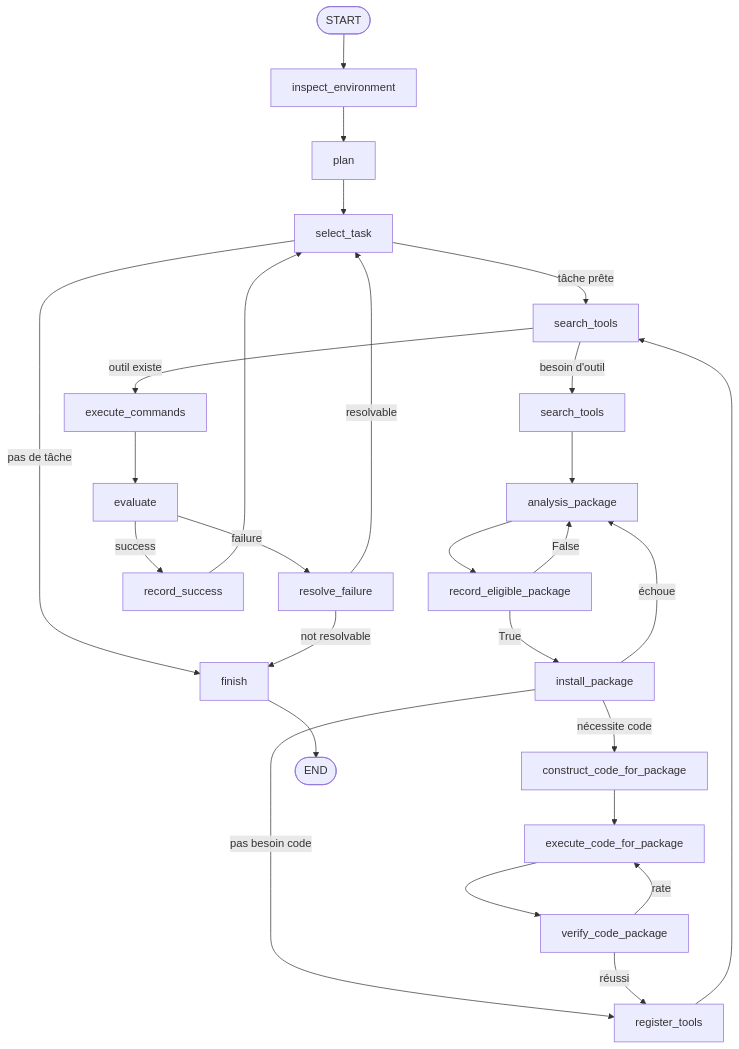
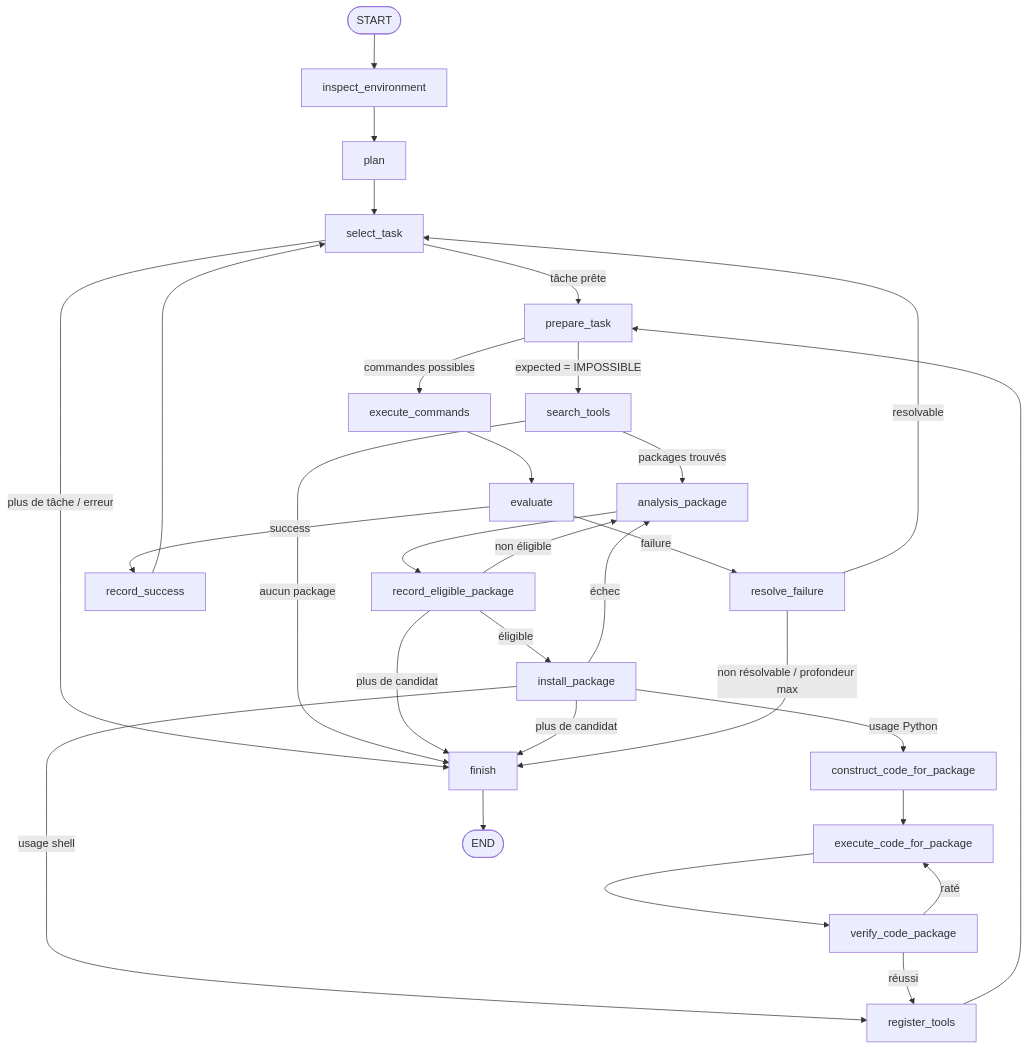
The diagram in README.md (daothauvin/-agentic-ai), drawn with Mermaid before and after one commit. The commit also changed other lines of this file and 2 other files, not shown here.

Commit message:
docs: README et schémas d'architecture

````diff
--- a/README.md
+++ b/README.md
@@ -29,29 +144,35 @@
 ```mermaid
 graph TD
     START([START]) --> INSPECT[inspect_environment]
     INSPECT --> PLAN[plan]
     PLAN --> SELECT[select_task]
     SELECT -->|tâche prête| PREPARE[prepare_task]
-    SELECT -->|pas de tâche| FINISH[finish]
-    PREPARE -->|besoin d'outil| SEARCH[search_tools]
-    PREPARE -->|outil existe| EXECUTE[execute_commands]
-    SEARCH --> ANALYSIS[analysis_package]
+    SELECT -->|plus de tâche / erreur| FINISH[finish]
+
+    PREPARE -->|commandes possibles| EXECUTE[execute_commands]
+    PREPARE -->|expected = IMPOSSIBLE| SEARCH[search_tools]
+
+    SEARCH -->|packages trouvés| ANALYSIS[analysis_package]
+    SEARCH -->|aucun package| FINISH
     ANALYSIS --> ELIGIBLE[record_eligible_package]
-    ELIGIBLE --> |True| INSTALL[install_package]
-    ELIGIBLE --> |False| ANALYSIS[analysis_package]
-    INSTALL --> |nécessite code|CONSTRUCT[construct_code_for_package]
-    INSTALL --> |échoue|ANALYSIS[analysis_package]
-    INSTALL --> |pas besoin code|REGISTER[register_tools]
-    CONSTRUCT --> EXECUTE_CODE[execute_code_for_package]
-    EXECUTE_CODE --> VERIFY_CODE[verify_code_package]
-    VERIFY_CODE --> |réussi| REGISTER[register_tools]
-    VERIFY_CODE --> |rate| EXECUTE_CODE[execute_code_for_package]
-    REGISTER --> PREPARE[search_tools]
+    ELIGIBLE -->|éligible| INSTALL[install_package]
+    ELIGIBLE -->|non éligible| ANALYSIS
+    ELIGIBLE -->|plus de candidat| FINISH
+    INSTALL -->|échec| ANALYSIS
+    INSTALL -->|plus de candidat| FINISH
+    INSTALL -->|usage Python| CONSTRUCT[construct_code_for_package]
+    INSTALL -->|usage shell| REGISTER[register_tools]
+    CONSTRUCT --> EXEC_CODE[execute_code_for_package]
+    EXEC_CODE --> VERIFY[verify_code_package]
+    VERIFY -->|réussi| REGISTER
+    VERIFY -->|raté| EXEC_CODE
+    REGISTER --> PREPARE
+
     EXECUTE --> EVALUATE[evaluate]
     EVALUATE -->|success| RECORD[record_success]
     RECORD --> SELECT
     EVALUATE -->|failure| RESOLVE[resolve_failure]
     RESOLVE -->|resolvable| SELECT
-    RESOLVE -->|not resolvable| FINISH
+    RESOLVE -->|non résolvable / profondeur max| FINISH
     FINISH --> END([END])
 ```
````
